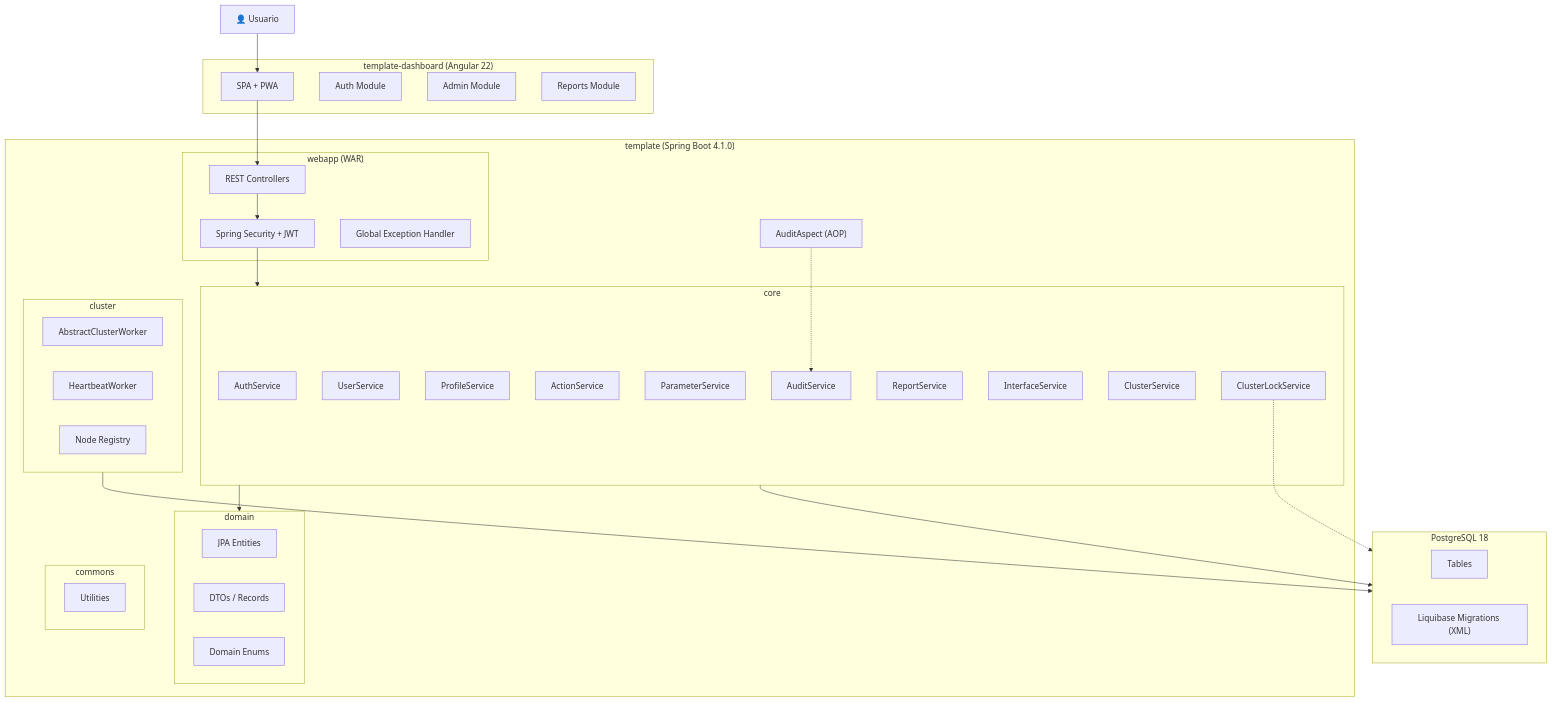
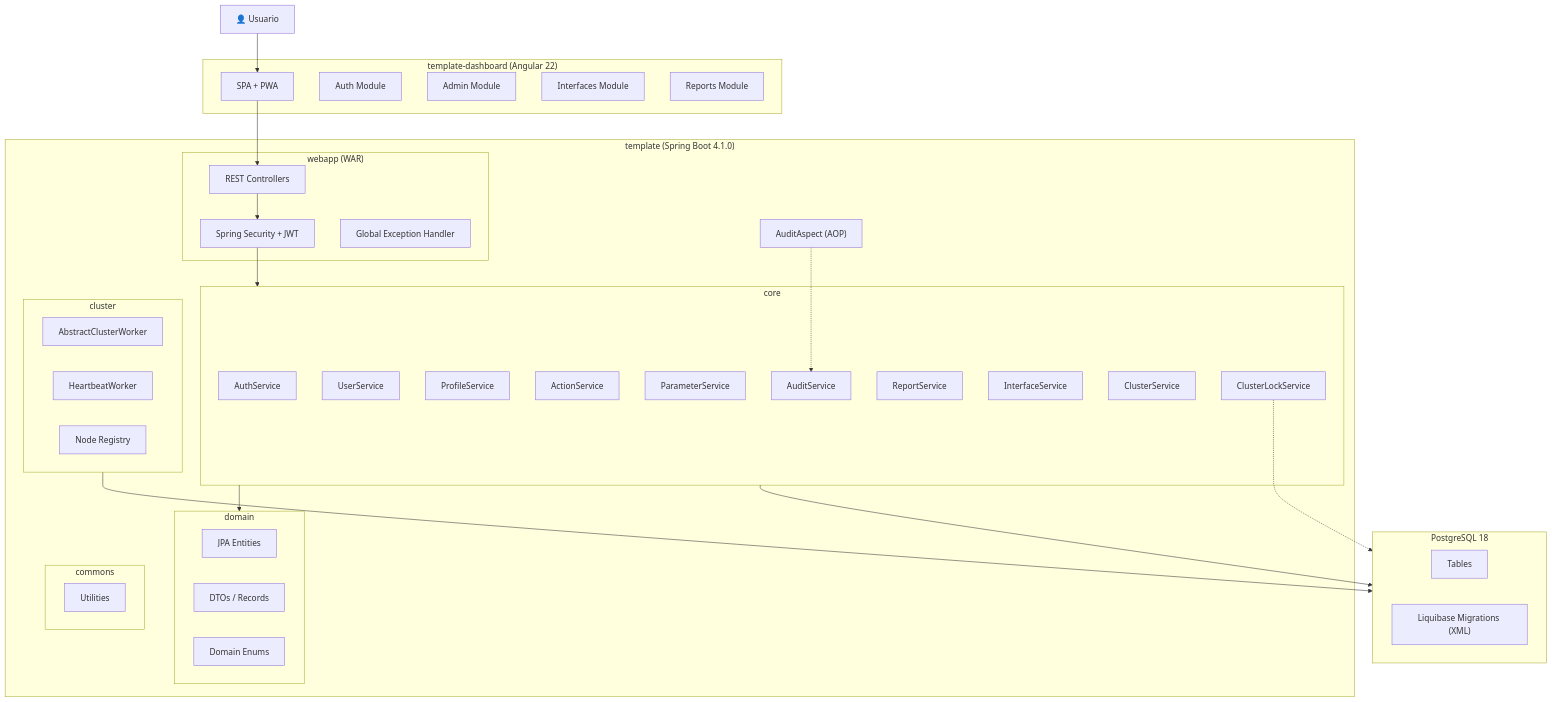
One commit to ijgomez/template changed the first of 5 diagrams in .kiro/specs/template-app/design.md. Above: the diagram before and after it, drawn with Mermaid. The commit also changed other lines of this file and 24 other files, not shown here.

````diff
--- a/.kiro/specs/template-app/design.md
+++ b/.kiro/specs/template-app/design.md
@@ -29,65 +29,66 @@
 ```mermaid
 flowchart TB
     User["👤 Usuario"]
     
     subgraph Frontend["template-dashboard (Angular 22)"]
         SPA["SPA + PWA"]
         AuthModule["Auth Module"]
         AdminModule["Admin Module"]
+        InterfacesModule["Interfaces Module"]
         ReportsModule["Reports Module"]
     end
     
     subgraph Backend["template (Spring Boot 4.1.0)"]
         subgraph Webapp["webapp (WAR)"]
             Controllers["REST Controllers"]
             Security["Spring Security + JWT"]
             ExceptionHandler["Global Exception Handler"]
         end
         
         subgraph Core["core"]
             AuthService["AuthService"]
             UserService["UserService"]
             ProfileService["ProfileService"]
             ActionService["ActionService"]
             ParameterService["ParameterService"]
             AuditService["AuditService"]
             ReportService["ReportService"]
             InterfaceService["InterfaceService"]
             ClusterService["ClusterService"]
             ClusterLockService["ClusterLockService"]
         end
         
         subgraph Domain["domain"]
             Entities["JPA Entities"]
             DTOs["DTOs / Records"]
             Enums["Domain Enums"]
         end
         
         subgraph Cluster["cluster"]
             AbstractClusterWorker["AbstractClusterWorker"]
             HeartbeatWorker["HeartbeatWorker"]
             NodeRegistry["Node Registry"]
         end
         
         subgraph Commons["commons"]
             Utils["Utilities"]
         end
         
         AOP["AuditAspect (AOP)"]
     end
     
     subgraph Database["PostgreSQL 18"]
         Tables["Tables"]
         Liquibase["Liquibase Migrations (XML)"]
     end
     
     User --> SPA
     SPA --> Controllers
     Controllers --> Security
     Security --> Core
     Core --> Domain
     Core --> Database
     Cluster --> Database
     AOP -.-> AuditService
     ClusterLockService -.-> Database
 ```
````
